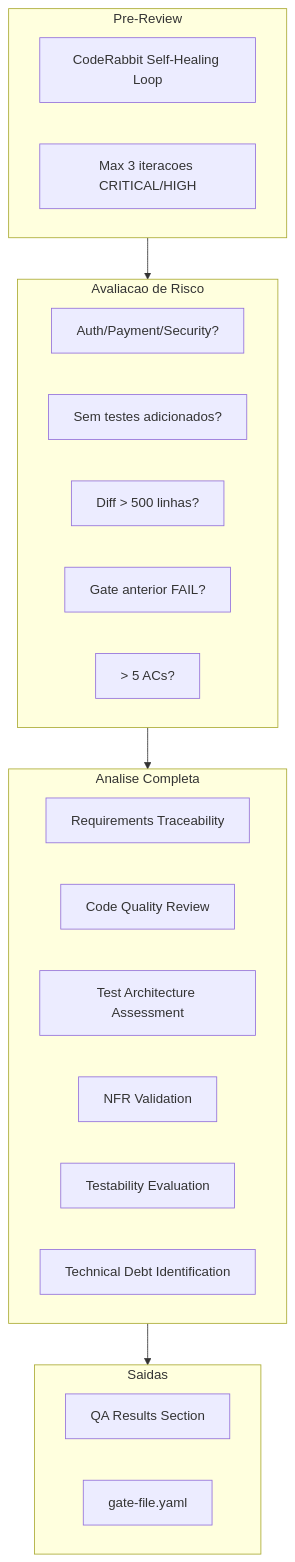
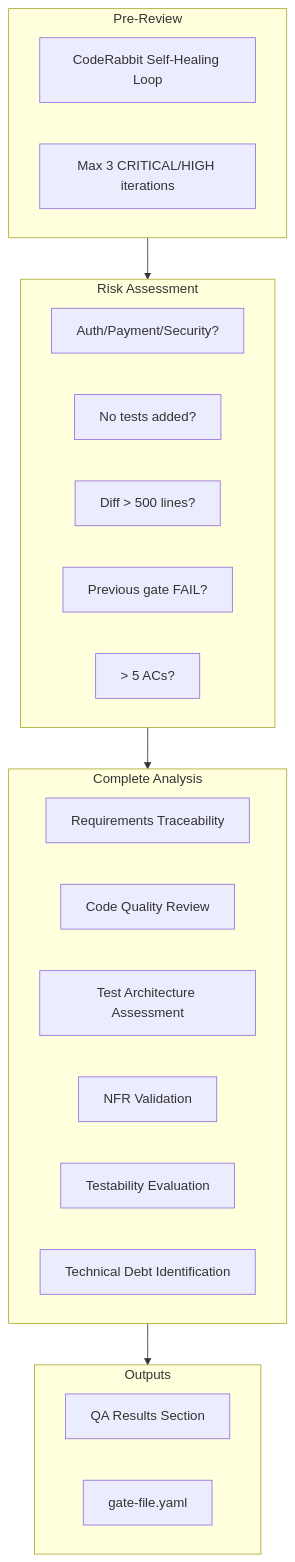
Before and after one commit to CyryxLabs/AEXOS: the sixth of 10 diagrams in docs/guides/workflows/QA-LOOP-WORKFLOW.md, drawn with Mermaid. The commit also changed other lines of this file and 528 other files, not shown here.

````diff
--- a/docs/guides/workflows/QA-LOOP-WORKFLOW.md
+++ b/docs/guides/workflows/QA-LOOP-WORKFLOW.md
@@ -492,33 +492,33 @@
 ```mermaid
 flowchart TD
     subgraph PRE["Pre-Review"]
         P1["CodeRabbit Self-Healing Loop"]
-        P2["Max 3 iteracoes CRITICAL/HIGH"]
+        P2["Max 3 CRITICAL/HIGH iterations"]
     end
 
-    subgraph RISK["Avaliacao de Risco"]
+    subgraph RISK["Risk Assessment"]
         R1["Auth/Payment/Security?"]
-        R2["Sem testes adicionados?"]
-        R3["Diff > 500 linhas?"]
-        R4["Gate anterior FAIL?"]
+        R2["No tests added?"]
+        R3["Diff > 500 lines?"]
+        R4["Previous gate FAIL?"]
         R5["> 5 ACs?"]
     end
 
-    subgraph ANALYSIS["Analise Completa"]
+    subgraph ANALYSIS["Complete Analysis"]
         A1["Requirements Traceability"]
         A2["Code Quality Review"]
         A3["Test Architecture Assessment"]
         A4["NFR Validation"]
         A5["Testability Evaluation"]
         A6["Technical Debt Identification"]
     end
 
-    subgraph OUTPUT["Saidas"]
+    subgraph OUTPUT["Outputs"]
         O1["QA Results Section"]
         O2["gate-file.yaml"]
     end
 
     PRE --> RISK
     RISK --> ANALYSIS
     ANALYSIS --> OUTPUT
 ```
````
